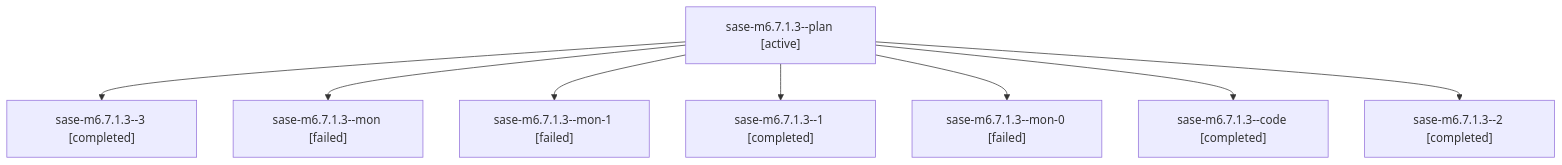
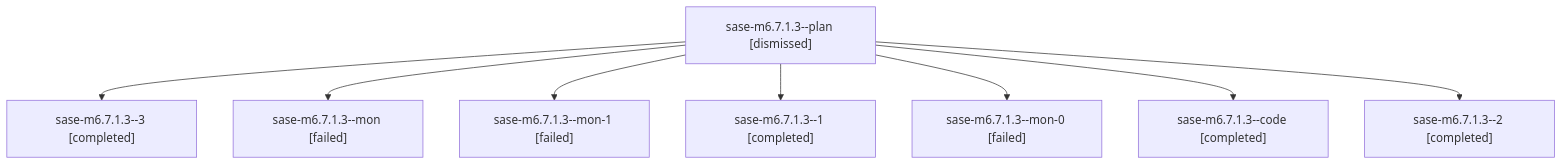
The diagram in sessions/bbugyi200.athena.sase-m6.7.1.3.md (sase-org/sase--agents), drawn with Mermaid before and after one commit. The commit also changed other lines of this file and 187 other files, not shown here.

````diff
--- a/sessions/bbugyi200.athena.sase-m6.7.1.3.md
+++ b/sessions/bbugyi200.athena.sase-m6.7.1.3.md
@@ -9,18 +9,18 @@
 ```mermaid
 flowchart TD
-  n0["sase-m6.7.1.3--plan [active]"]
+  n0["sase-m6.7.1.3--plan [dismissed]"]
   n1["sase-m6.7.1.3--3 [completed]"]
   n0 --> n1
   n2["sase-m6.7.1.3--mon [failed]"]
   n0 --> n2
   n3["sase-m6.7.1.3--mon-1 [failed]"]
   n0 --> n3
   n4["sase-m6.7.1.3--1 [completed]"]
   n0 --> n4
   n5["sase-m6.7.1.3--mon-0 [failed]"]
   n0 --> n5
   n6["sase-m6.7.1.3--code [completed]"]
   n0 --> n6
   n7["sase-m6.7.1.3--2 [completed]"]
   n0 --> n7
 ```
````
